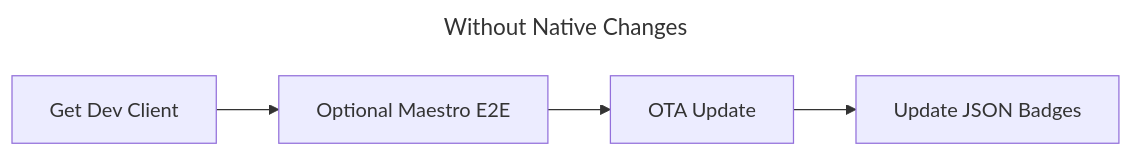
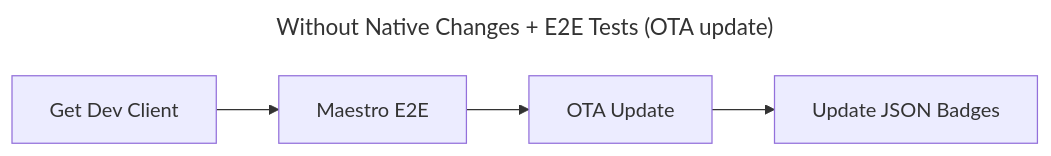
The second of 3 diagrams in apps/app/README.md (nicolas-godefroy-dev/ng-bike), drawn with Mermaid before and after one commit. The commit also changed other lines of this file, not shown here.

````diff
--- a/apps/app/README.md
+++ b/apps/app/README.md
@@ -31,11 +31,11 @@
 ```mermaid
 ---
-title: Without Native Changes
+title: Without Native Changes + E2E Tests (OTA update)
 ---
 flowchart LR
   getDevBuild[Get Dev Client]
-  e2eTest[Optional Maestro E2E]
+  e2eTest[Maestro E2E]
   otaUpdate[OTA Update]
   updateReadme[Update JSON Badges]
   getDevBuild --> e2eTest --> otaUpdate --> updateReadme
 ```
````
